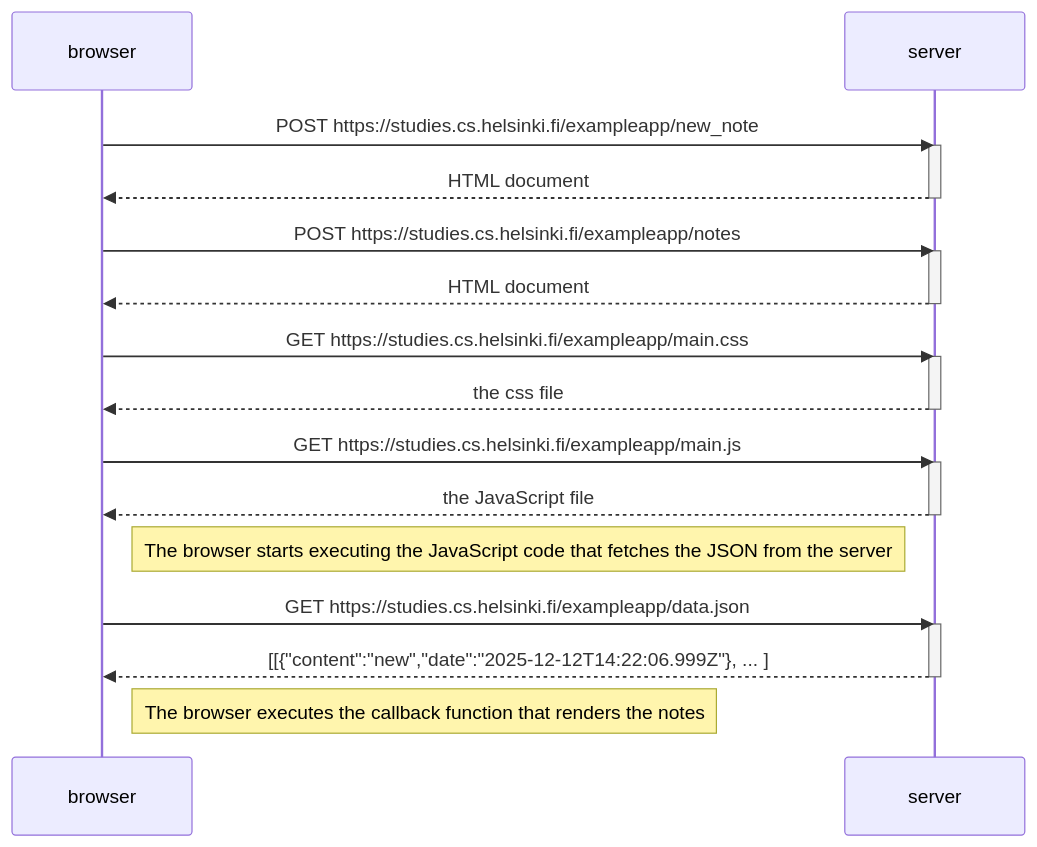
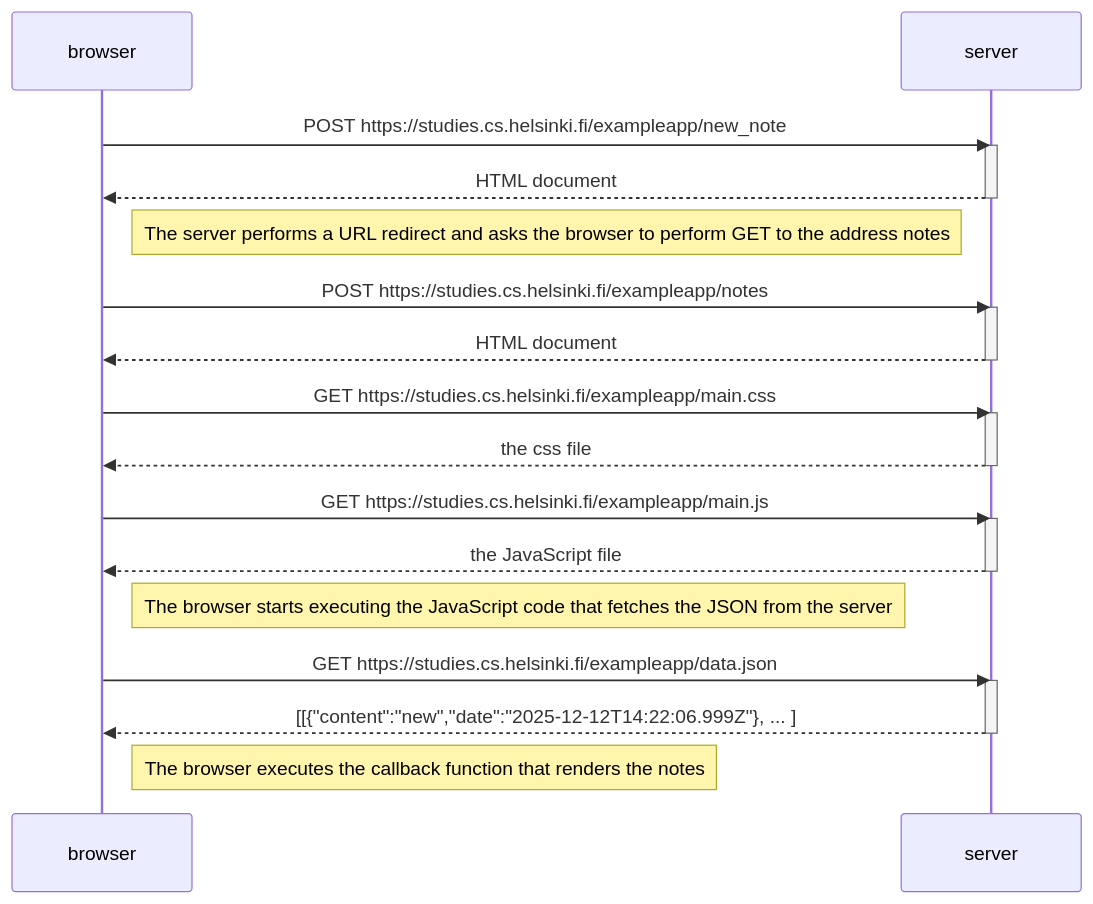
The diagram in part0/0.4.md (amiya-1070/webdevcourse-submissions), drawn with Mermaid before and after one commit.

Commit message:
Update 0.4.md
Added a note about server URL redirection to the documentation.

````diff
--- a/part0/0.4.md
+++ b/part0/0.4.md
@@ -1,34 +1,36 @@
 ```mermaid
 sequenceDiagram
     participant browser
     participant server
 
     browser->>server: POST https://studies.cs.helsinki.fi/exampleapp/new_note
     activate server
     server-->>browser: HTML document
     deactivate server
+
+    Note left of server: The server performs a URL redirect and asks the browser to perform GET to the address notes
 
     browser->>server: POST https://studies.cs.helsinki.fi/exampleapp/notes
     activate server
     server-->>browser: HTML document
     deactivate server
 
     browser->>server: GET https://studies.cs.helsinki.fi/exampleapp/main.css
     activate server
     server-->>browser: the css file
     deactivate server
 
     browser->>server: GET https://studies.cs.helsinki.fi/exampleapp/main.js
     activate server
     server-->>browser: the JavaScript file
     deactivate server
 
     Note right of browser: The browser starts executing the JavaScript code that fetches the JSON from the server
 
     browser->>server: GET https://studies.cs.helsinki.fi/exampleapp/data.json
     activate server
     server-->>browser: [[{"content":"new","date":"2025-12-12T14:22:06.999Z"}, ... ]
     deactivate server
 
     Note right of browser: The browser executes the callback function that renders the notes
 ```
````
